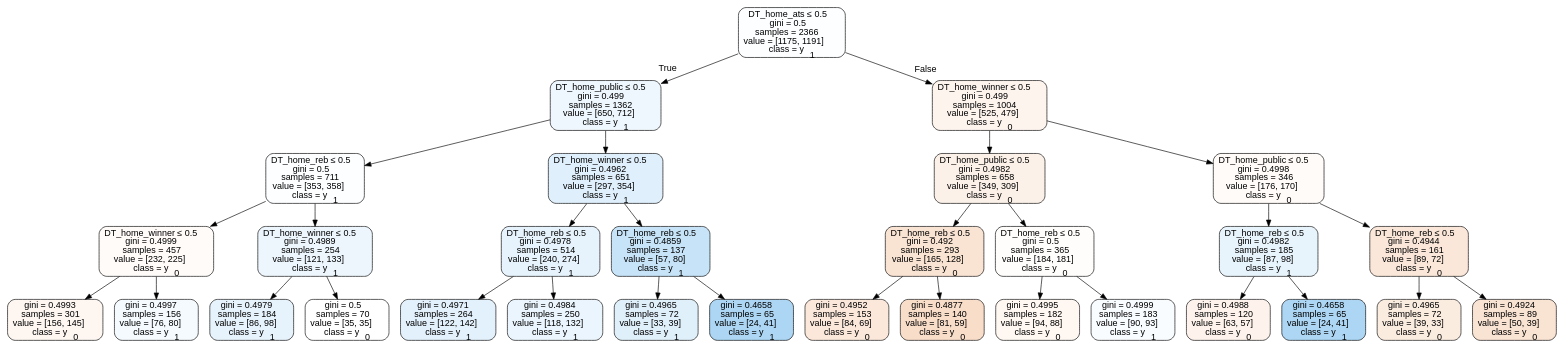
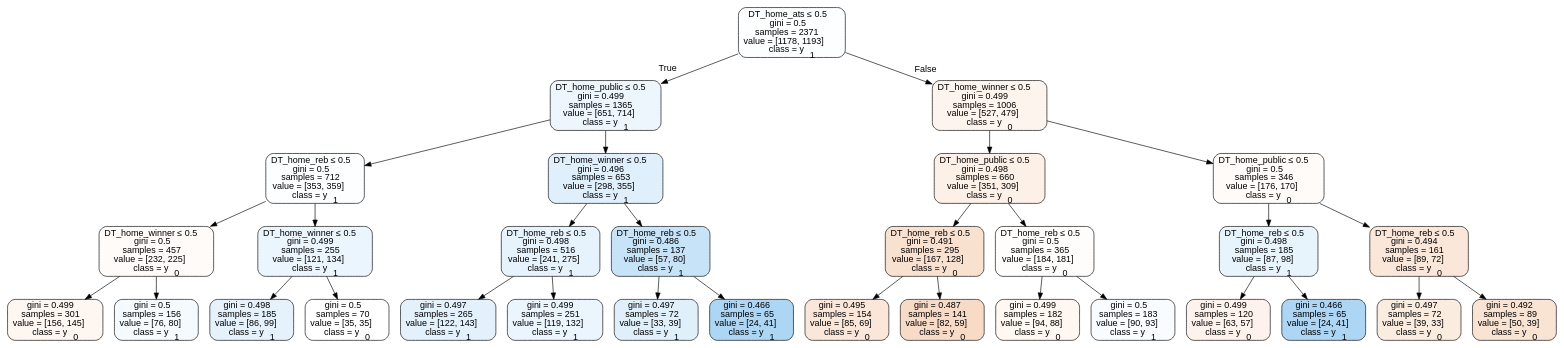
The diagram in Basketball/data/trees/tree2017neutral.dot (usbogie/ncaa-bets), drawn with Graphviz before and after one commit. The commit also changed 26 other files, not shown here.

```diff
--- a/Basketball/data/trees/tree2017neutral.dot
+++ b/Basketball/data/trees/tree2017neutral.dot
@@ -1,65 +1,65 @@
 digraph Tree {
 node [shape=box, style="filled, rounded", color="black", fontname=helvetica] ;
 edge [fontname=helvetica] ;
-0 [label=<DT_home_ats &le; 0.5<br/>gini = 0.5<br/>samples = 2366<br/>value = [1175, 1191]<br/>class = y<SUB>1</SUB>>, fillcolor="#399de503"] ;
-1 [label=<DT_home_public &le; 0.5<br/>gini = 0.499<br/>samples = 1362<br/>value = [650, 712]<br/>class = y<SUB>1</SUB>>, fillcolor="#399de516"] ;
+0 [label=<DT_home_ats &le; 0.5<br/>gini = 0.5<br/>samples = 2371<br/>value = [1178, 1193]<br/>class = y<SUB>1</SUB>>, fillcolor="#399de503"] ;
+1 [label=<DT_home_public &le; 0.5<br/>gini = 0.499<br/>samples = 1365<br/>value = [651, 714]<br/>class = y<SUB>1</SUB>>, fillcolor="#399de517"] ;
 0 -> 1 [labeldistance=2.5, labelangle=45, headlabel="True"] ;
-2 [label=<DT_home_reb &le; 0.5<br/>gini = 0.5<br/>samples = 711<br/>value = [353, 358]<br/>class = y<SUB>1</SUB>>, fillcolor="#399de504"] ;
+2 [label=<DT_home_reb &le; 0.5<br/>gini = 0.5<br/>samples = 712<br/>value = [353, 359]<br/>class = y<SUB>1</SUB>>, fillcolor="#399de504"] ;
 1 -> 2 ;
-3 [label=<DT_home_winner &le; 0.5<br/>gini = 0.4999<br/>samples = 457<br/>value = [232, 225]<br/>class = y<SUB>0</SUB>>, fillcolor="#e5813908"] ;
+3 [label=<DT_home_winner &le; 0.5<br/>gini = 0.5<br/>samples = 457<br/>value = [232, 225]<br/>class = y<SUB>0</SUB>>, fillcolor="#e5813908"] ;
 2 -> 3 ;
-4 [label=<gini = 0.4993<br/>samples = 301<br/>value = [156, 145]<br/>class = y<SUB>0</SUB>>, fillcolor="#e5813912"] ;
+4 [label=<gini = 0.499<br/>samples = 301<br/>value = [156, 145]<br/>class = y<SUB>0</SUB>>, fillcolor="#e5813912"] ;
 3 -> 4 ;
-5 [label=<gini = 0.4997<br/>samples = 156<br/>value = [76, 80]<br/>class = y<SUB>1</SUB>>, fillcolor="#399de50d"] ;
+5 [label=<gini = 0.5<br/>samples = 156<br/>value = [76, 80]<br/>class = y<SUB>1</SUB>>, fillcolor="#399de50d"] ;
 3 -> 5 ;
-6 [label=<DT_home_winner &le; 0.5<br/>gini = 0.4989<br/>samples = 254<br/>value = [121, 133]<br/>class = y<SUB>1</SUB>>, fillcolor="#399de517"] ;
+6 [label=<DT_home_winner &le; 0.5<br/>gini = 0.499<br/>samples = 255<br/>value = [121, 134]<br/>class = y<SUB>1</SUB>>, fillcolor="#399de519"] ;
 2 -> 6 ;
-7 [label=<gini = 0.4979<br/>samples = 184<br/>value = [86, 98]<br/>class = y<SUB>1</SUB>>, fillcolor="#399de51f"] ;
+7 [label=<gini = 0.498<br/>samples = 185<br/>value = [86, 99]<br/>class = y<SUB>1</SUB>>, fillcolor="#399de521"] ;
 6 -> 7 ;
 8 [label=<gini = 0.5<br/>samples = 70<br/>value = [35, 35]<br/>class = y<SUB>0</SUB>>, fillcolor="#e5813900"] ;
 6 -> 8 ;
-9 [label=<DT_home_winner &le; 0.5<br/>gini = 0.4962<br/>samples = 651<br/>value = [297, 354]<br/>class = y<SUB>1</SUB>>, fillcolor="#399de529"] ;
+9 [label=<DT_home_winner &le; 0.5<br/>gini = 0.496<br/>samples = 653<br/>value = [298, 355]<br/>class = y<SUB>1</SUB>>, fillcolor="#399de529"] ;
 1 -> 9 ;
-10 [label=<DT_home_reb &le; 0.5<br/>gini = 0.4978<br/>samples = 514<br/>value = [240, 274]<br/>class = y<SUB>1</SUB>>, fillcolor="#399de520"] ;
+10 [label=<DT_home_reb &le; 0.5<br/>gini = 0.498<br/>samples = 516<br/>value = [241, 275]<br/>class = y<SUB>1</SUB>>, fillcolor="#399de520"] ;
 9 -> 10 ;
-11 [label=<gini = 0.4971<br/>samples = 264<br/>value = [122, 142]<br/>class = y<SUB>1</SUB>>, fillcolor="#399de524"] ;
+11 [label=<gini = 0.497<br/>samples = 265<br/>value = [122, 143]<br/>class = y<SUB>1</SUB>>, fillcolor="#399de525"] ;
 10 -> 11 ;
-12 [label=<gini = 0.4984<br/>samples = 250<br/>value = [118, 132]<br/>class = y<SUB>1</SUB>>, fillcolor="#399de51b"] ;
+12 [label=<gini = 0.499<br/>samples = 251<br/>value = [119, 132]<br/>class = y<SUB>1</SUB>>, fillcolor="#399de519"] ;
 10 -> 12 ;
-13 [label=<DT_home_reb &le; 0.5<br/>gini = 0.4859<br/>samples = 137<br/>value = [57, 80]<br/>class = y<SUB>1</SUB>>, fillcolor="#399de549"] ;
+13 [label=<DT_home_reb &le; 0.5<br/>gini = 0.486<br/>samples = 137<br/>value = [57, 80]<br/>class = y<SUB>1</SUB>>, fillcolor="#399de549"] ;
 9 -> 13 ;
-14 [label=<gini = 0.4965<br/>samples = 72<br/>value = [33, 39]<br/>class = y<SUB>1</SUB>>, fillcolor="#399de527"] ;
+14 [label=<gini = 0.497<br/>samples = 72<br/>value = [33, 39]<br/>class = y<SUB>1</SUB>>, fillcolor="#399de527"] ;
 13 -> 14 ;
-15 [label=<gini = 0.4658<br/>samples = 65<br/>value = [24, 41]<br/>class = y<SUB>1</SUB>>, fillcolor="#399de56a"] ;
+15 [label=<gini = 0.466<br/>samples = 65<br/>value = [24, 41]<br/>class = y<SUB>1</SUB>>, fillcolor="#399de56a"] ;
 13 -> 15 ;
-16 [label=<DT_home_winner &le; 0.5<br/>gini = 0.499<br/>samples = 1004<br/>value = [525, 479]<br/>class = y<SUB>0</SUB>>, fillcolor="#e5813916"] ;
+16 [label=<DT_home_winner &le; 0.5<br/>gini = 0.499<br/>samples = 1006<br/>value = [527, 479]<br/>class = y<SUB>0</SUB>>, fillcolor="#e5813917"] ;
 0 -> 16 [labeldistance=2.5, labelangle=-45, headlabel="False"] ;
-17 [label=<DT_home_public &le; 0.5<br/>gini = 0.4982<br/>samples = 658<br/>value = [349, 309]<br/>class = y<SUB>0</SUB>>, fillcolor="#e581391d"] ;
+17 [label=<DT_home_public &le; 0.5<br/>gini = 0.498<br/>samples = 660<br/>value = [351, 309]<br/>class = y<SUB>0</SUB>>, fillcolor="#e581391f"] ;
 16 -> 17 ;
-18 [label=<DT_home_reb &le; 0.5<br/>gini = 0.492<br/>samples = 293<br/>value = [165, 128]<br/>class = y<SUB>0</SUB>>, fillcolor="#e5813939"] ;
+18 [label=<DT_home_reb &le; 0.5<br/>gini = 0.491<br/>samples = 295<br/>value = [167, 128]<br/>class = y<SUB>0</SUB>>, fillcolor="#e581393c"] ;
 17 -> 18 ;
-19 [label=<gini = 0.4952<br/>samples = 153<br/>value = [84, 69]<br/>class = y<SUB>0</SUB>>, fillcolor="#e581392e"] ;
+19 [label=<gini = 0.495<br/>samples = 154<br/>value = [85, 69]<br/>class = y<SUB>0</SUB>>, fillcolor="#e5813930"] ;
 18 -> 19 ;
-20 [label=<gini = 0.4877<br/>samples = 140<br/>value = [81, 59]<br/>class = y<SUB>0</SUB>>, fillcolor="#e5813945"] ;
+20 [label=<gini = 0.487<br/>samples = 141<br/>value = [82, 59]<br/>class = y<SUB>0</SUB>>, fillcolor="#e5813948"] ;
 18 -> 20 ;
 21 [label=<DT_home_reb &le; 0.5<br/>gini = 0.5<br/>samples = 365<br/>value = [184, 181]<br/>class = y<SUB>0</SUB>>, fillcolor="#e5813904"] ;
 17 -> 21 ;
-22 [label=<gini = 0.4995<br/>samples = 182<br/>value = [94, 88]<br/>class = y<SUB>0</SUB>>, fillcolor="#e5813910"] ;
+22 [label=<gini = 0.499<br/>samples = 182<br/>value = [94, 88]<br/>class = y<SUB>0</SUB>>, fillcolor="#e5813910"] ;
 21 -> 22 ;
-23 [label=<gini = 0.4999<br/>samples = 183<br/>value = [90, 93]<br/>class = y<SUB>1</SUB>>, fillcolor="#399de508"] ;
+23 [label=<gini = 0.5<br/>samples = 183<br/>value = [90, 93]<br/>class = y<SUB>1</SUB>>, fillcolor="#399de508"] ;
 21 -> 23 ;
-24 [label=<DT_home_public &le; 0.5<br/>gini = 0.4998<br/>samples = 346<br/>value = [176, 170]<br/>class = y<SUB>0</SUB>>, fillcolor="#e5813909"] ;
+24 [label=<DT_home_public &le; 0.5<br/>gini = 0.5<br/>samples = 346<br/>value = [176, 170]<br/>class = y<SUB>0</SUB>>, fillcolor="#e5813909"] ;
 16 -> 24 ;
-25 [label=<DT_home_reb &le; 0.5<br/>gini = 0.4982<br/>samples = 185<br/>value = [87, 98]<br/>class = y<SUB>1</SUB>>, fillcolor="#399de51d"] ;
+25 [label=<DT_home_reb &le; 0.5<br/>gini = 0.498<br/>samples = 185<br/>value = [87, 98]<br/>class = y<SUB>1</SUB>>, fillcolor="#399de51d"] ;
 24 -> 25 ;
-26 [label=<gini = 0.4988<br/>samples = 120<br/>value = [63, 57]<br/>class = y<SUB>0</SUB>>, fillcolor="#e5813918"] ;
+26 [label=<gini = 0.499<br/>samples = 120<br/>value = [63, 57]<br/>class = y<SUB>0</SUB>>, fillcolor="#e5813918"] ;
 25 -> 26 ;
-27 [label=<gini = 0.4658<br/>samples = 65<br/>value = [24, 41]<br/>class = y<SUB>1</SUB>>, fillcolor="#399de56a"] ;
+27 [label=<gini = 0.466<br/>samples = 65<br/>value = [24, 41]<br/>class = y<SUB>1</SUB>>, fillcolor="#399de56a"] ;
 25 -> 27 ;
-28 [label=<DT_home_reb &le; 0.5<br/>gini = 0.4944<br/>samples = 161<br/>value = [89, 72]<br/>class = y<SUB>0</SUB>>, fillcolor="#e5813931"] ;
+28 [label=<DT_home_reb &le; 0.5<br/>gini = 0.494<br/>samples = 161<br/>value = [89, 72]<br/>class = y<SUB>0</SUB>>, fillcolor="#e5813931"] ;
 24 -> 28 ;
-29 [label=<gini = 0.4965<br/>samples = 72<br/>value = [39, 33]<br/>class = y<SUB>0</SUB>>, fillcolor="#e5813927"] ;
+29 [label=<gini = 0.497<br/>samples = 72<br/>value = [39, 33]<br/>class = y<SUB>0</SUB>>, fillcolor="#e5813927"] ;
 28 -> 29 ;
-30 [label=<gini = 0.4924<br/>samples = 89<br/>value = [50, 39]<br/>class = y<SUB>0</SUB>>, fillcolor="#e5813938"] ;
+30 [label=<gini = 0.492<br/>samples = 89<br/>value = [50, 39]<br/>class = y<SUB>0</SUB>>, fillcolor="#e5813938"] ;
 28 -> 30 ;
 }
```
